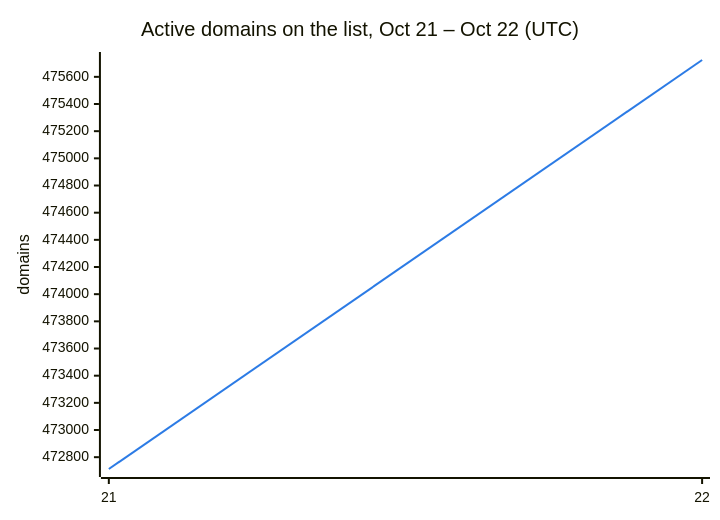
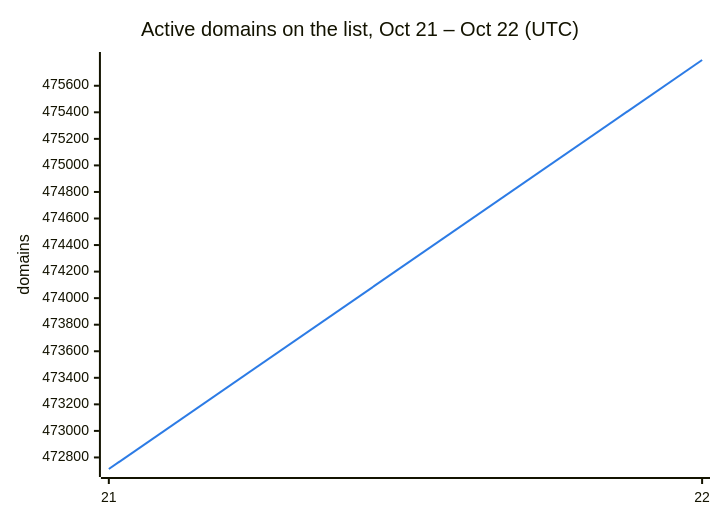
The second of 3 diagrams in README.md (DNSBunker/CTI), drawn with Mermaid before and after one commit. The commit also changed other lines of this file and 3 other files, not shown here.

````diff
--- a/README.md
+++ b/README.md
@@ -38,8 +38,8 @@
 ```mermaid
 %%{init: {"themeVariables": {"xyChart": {"plotColorPalette": "#2c7be5"}}}}%%
 xychart-beta
     title "Active domains on the list, Oct 21 – Oct 22 (UTC)"
     x-axis ["21", "22"]
     y-axis "domains"
-    line [472713, 475724]
+    line [472713, 475794]
 ```
````
